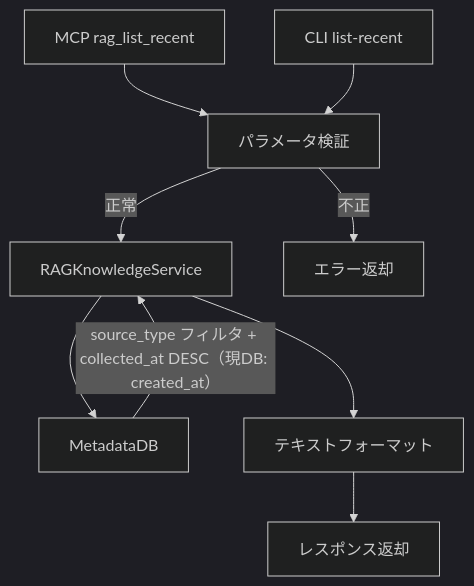
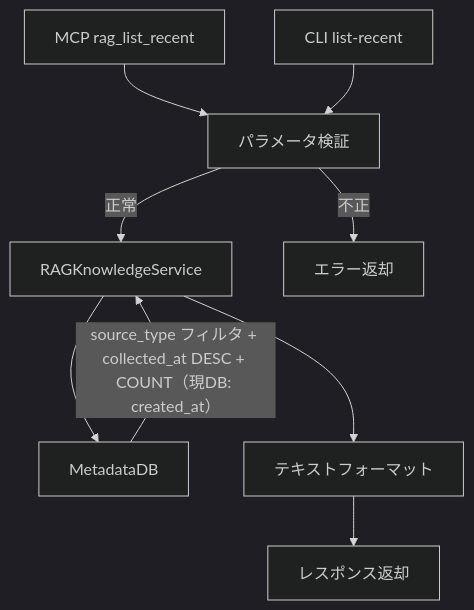
One commit to becky3/rag-knowledge changed the diagram in docs/specs/infrastructure/content-listing.md. Above: the diagram before and after it, drawn with Mermaid (dark theme). The commit also changed other lines of this file, not shown here.

````diff
--- a/docs/specs/infrastructure/content-listing.md
+++ b/docs/specs/infrastructure/content-listing.md
@@ -114,19 +118,19 @@
 ```mermaid
 flowchart TD
     MCP["MCP rag_list_recent"]
     CLI["CLI list-recent"]
     VALIDATE["パラメータ検証"]
     SERVICE["RAGKnowledgeService"]
     METADB["MetadataDB"]
     FORMAT["テキストフォーマット"]
     RESPONSE["レスポンス返却"]
 
     MCP --> VALIDATE
     CLI --> VALIDATE
     VALIDATE -->|不正| ERROR["エラー返却"]
     VALIDATE -->|正常| SERVICE
     SERVICE --> METADB
-    METADB -->|"source_type フィルタ + collected_at DESC（現DB: created_at）"| SERVICE
+    METADB -->|"source_type フィルタ + collected_at DESC + COUNT（現DB: created_at）"| SERVICE
     SERVICE --> FORMAT
     FORMAT --> RESPONSE
 ```
````
